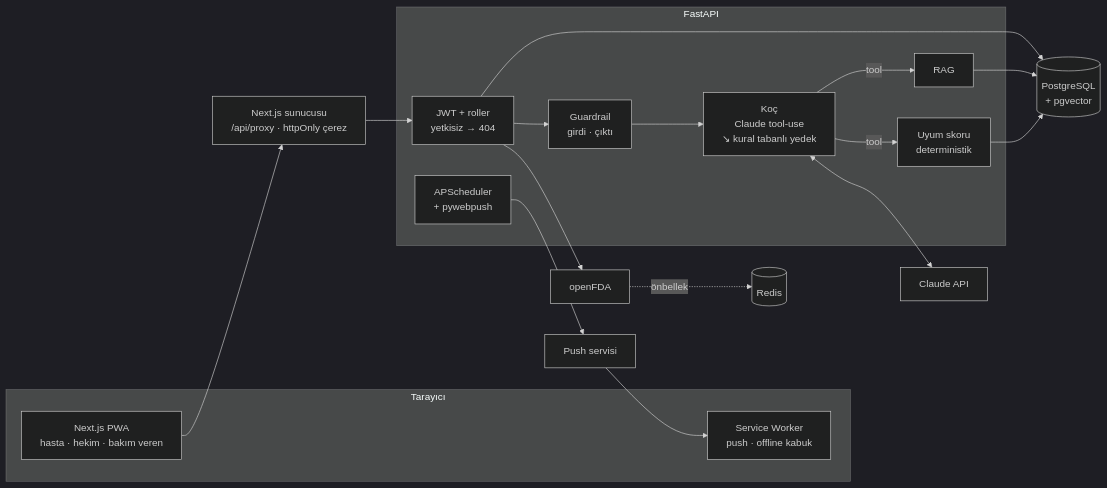
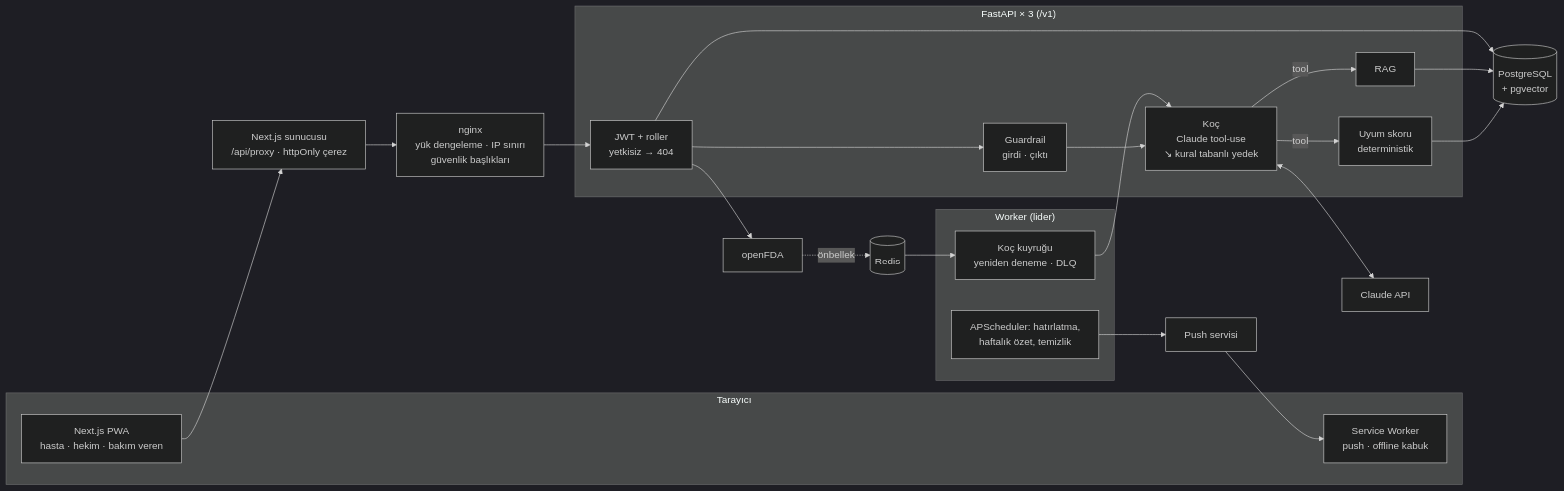
Before and after one commit to Nisagwn/ilac-kocu: the first of 2 diagrams in README.md, drawn with Mermaid (dark theme). The commit also changed other lines of this file and 19 other files, not shown here.

First line of the commit message:
Altyapı (devam): nginx yük dengeleyici, 3 API kopyası, gözlemlenebilirlik profili, OpenTelemetry izleme, k6 betikleri

````diff
--- a/README.md
+++ b/README.md
@@ -101,29 +102,34 @@
 ```mermaid
 flowchart LR
     subgraph C["Tarayıcı"]
         PWA["Next.js PWA<br/>hasta · hekim · bakım veren"]
         SW["Service Worker<br/>push · offline kabuk"]
     end
     PX["Next.js sunucusu<br/>/api/proxy · httpOnly çerez"]
-    subgraph B["FastAPI"]
+    NG["nginx<br/>yük dengeleme · IP sınırı<br/>güvenlik başlıkları"]
+    subgraph B["FastAPI × 3 (/v1)"]
         RB["JWT + roller<br/>yetkisiz → 404"]
         GR["Guardrail<br/>girdi · çıktı"]
         CO["Koç<br/>Claude tool-use<br/>↘ kural tabanlı yedek"]
         AD["Uyum skoru<br/>deterministik"]
         RG["RAG"]
-        SC["APScheduler<br/>+ pywebpush"]
+    end
+    subgraph W["Worker (lider)"]
+        SC["APScheduler: hatırlatma,<br/>haftalık özet, temizlik"]
+        Q["Koç kuyruğu<br/>yeniden deneme · DLQ"]
     end
     DB[("PostgreSQL<br/>+ pgvector")]
     RD[("Redis")]
     LLM["Claude API"]
     FDA["openFDA"]
     WP["Push servisi"]
 
-    PWA --> PX --> RB
+    PWA --> PX --> NG --> RB
     RB --> GR --> CO
     CO <--> LLM
     CO -->|tool| AD & RG
     AD & RG & RB --> DB
     RB --> FDA -.önbellek.-> RD
     SC --> WP --> SW
+    RD --> Q --> CO
 ```
````
